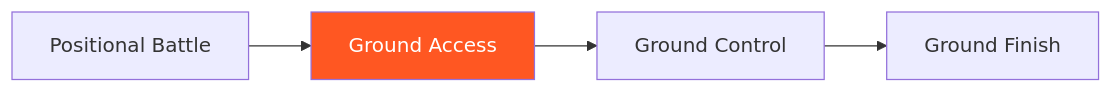
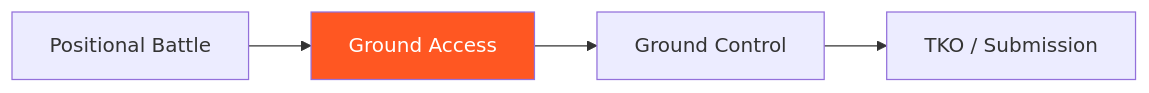
Before and after one commit to ACalienes/Ecological-MMA-Game-System: the diagram in docs/games/ground-access.md, drawn with Mermaid. The commit also changed other lines of this file and 42 other files, not shown here.

````diff
--- a/docs/games/ground-access.md
+++ b/docs/games/ground-access.md
@@ -293,8 +300,8 @@
 ```mermaid
 flowchart LR
     A[Positional Battle] --> B[Ground Access]
     B --> C[Ground Control]
-    C --> D[Ground Finish]
+    C --> D[TKO / Submission]
 
     style B fill:#FF5722,color:#fff
 ```
````
